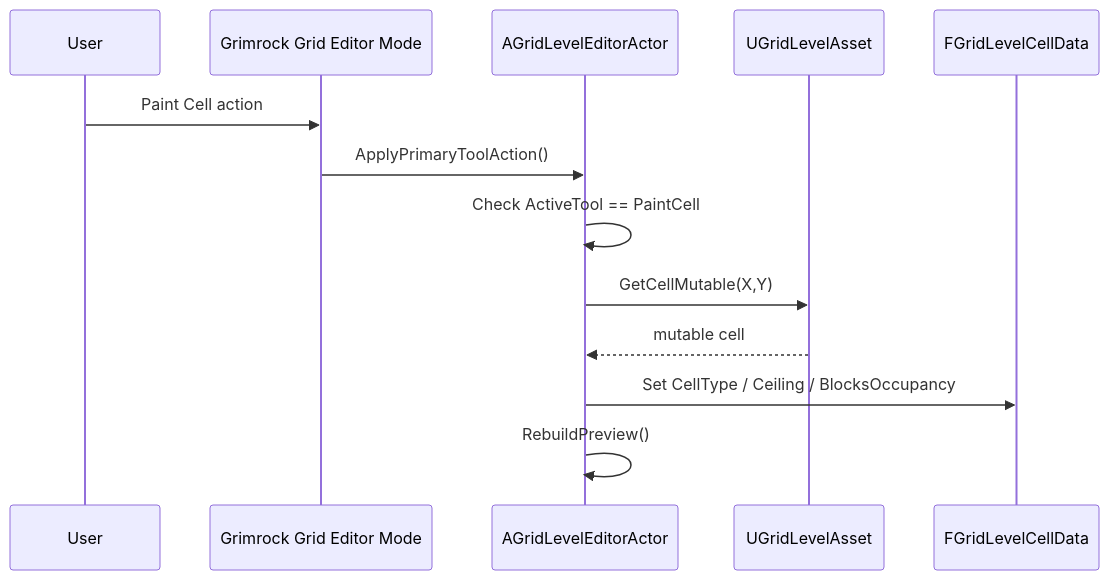
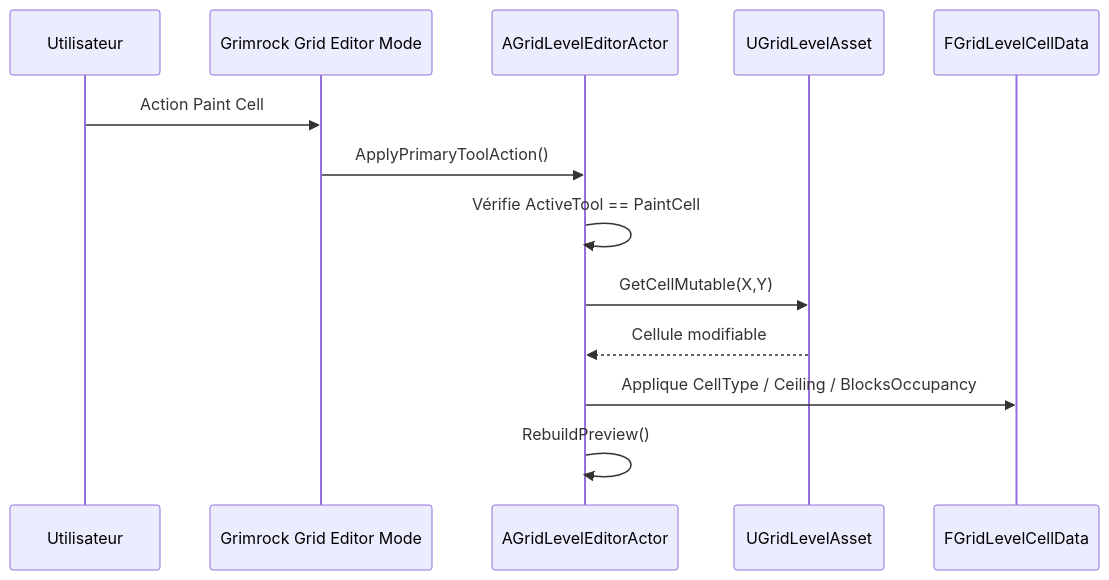
The fourth of 9 diagrams in docs/Architecture/CORE_DUNGEON_LEVEL_GRID.md (PhilippeMartin1964/GrimrockPrototype), drawn with Mermaid before and after one commit. The commit also changed other lines of this file, not shown here.

Commit message:
Translate core dungeon level grid documentation to French

````diff
--- a/docs/Architecture/CORE_DUNGEON_LEVEL_GRID.md
+++ b/docs/Architecture/CORE_DUNGEON_LEVEL_GRID.md
@@ -521,16 +525,16 @@
 ```mermaid
 sequenceDiagram
-    participant User as User
+    participant User as Utilisateur
     participant Mode as Grimrock Grid Editor Mode
     participant Editor as AGridLevelEditorActor
     participant Level as UGridLevelAsset
     participant Cell as FGridLevelCellData
 
-    User->>Mode: Paint Cell action
+    User->>Mode: Action Paint Cell
     Mode->>Editor: ApplyPrimaryToolAction()
-    Editor->>Editor: Check ActiveTool == PaintCell
+    Editor->>Editor: Vérifie ActiveTool == PaintCell
     Editor->>Level: GetCellMutable(X,Y)
-    Level-->>Editor: mutable cell
-    Editor->>Cell: Set CellType / Ceiling / BlocksOccupancy
+    Level-->>Editor: Cellule modifiable
+    Editor->>Cell: Applique CellType / Ceiling / BlocksOccupancy
     Editor->>Editor: RebuildPreview()
 ```
````
